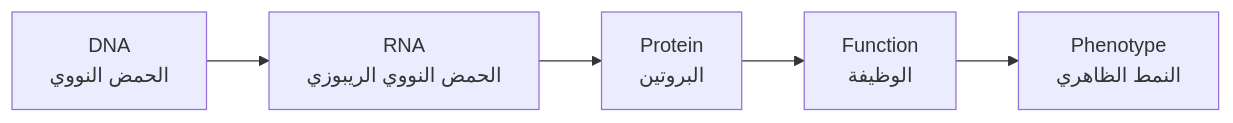
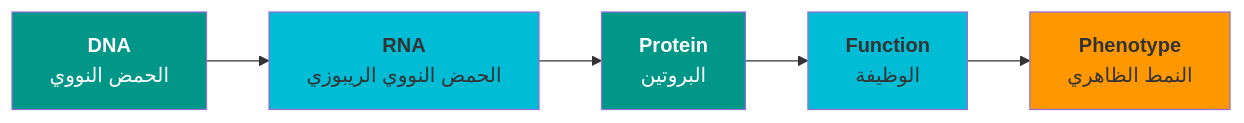
The third of 3 diagrams in docs/courses/foundation-of-bioinformatics/module-1.md (alarawms/site), drawn with Mermaid before and after one commit. The commit also changed other lines of this file, not shown here.

First line of the commit message:
Module 1: Improve mermaid diagram typography

````diff
--- a/docs/courses/foundation-of-bioinformatics/module-1.md
+++ b/docs/courses/foundation-of-bioinformatics/module-1.md
@@ -95,7 +95,13 @@
 ```mermaid
 graph LR
-    A["DNA<br/>الحمض النووي"] --> B["RNA<br/>الحمض النووي الريبوزي"]
-    B --> C["Protein<br/>البروتين"]
-    C --> D["Function<br/>الوظيفة"]
-    D --> E["Phenotype<br/>النمط الظاهري"]
+    A["<b>DNA</b><br/>الحمض النووي"] --> B["<b>RNA</b><br/>الحمض النووي الريبوزي"]
+    B --> C["<b>Protein</b><br/>البروتين"]
+    C --> D["<b>Function</b><br/>الوظيفة"]
+    D --> E["<b>Phenotype</b><br/>النمط الظاهري"]
+
+    style A fill:#009688,color:#fff,font-size:16px
+    style B fill:#00BCD4,font-size:16px
+    style C fill:#009688,color:#fff,font-size:16px
+    style D fill:#00BCD4,font-size:16px
+    style E fill:#FF9800,font-size:16px
 ```
````
